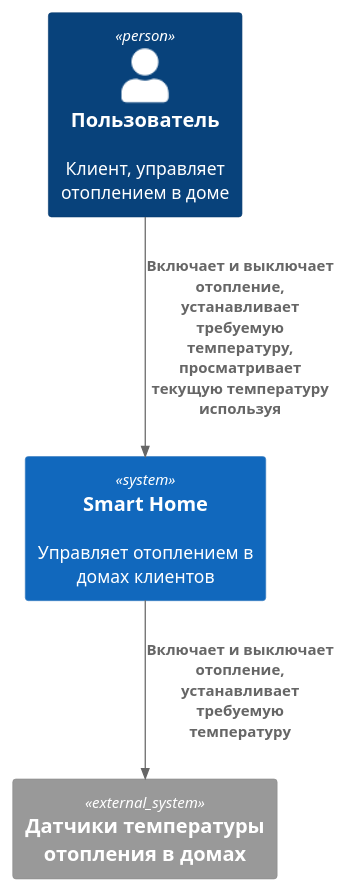
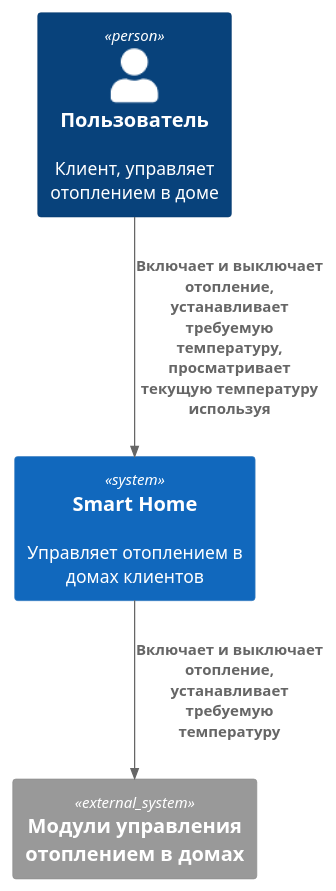
Before and after one commit to peter-st7/architecture-sprint-3: the diagram in docs/diagrams/C4/c4-context.puml, drawn with PlantUML.

Commit message:
fix: датчики температуры переименованы в модули управления отоплением

```diff
--- a/docs/diagrams/C4/c4-context.puml
+++ b/docs/diagrams/C4/c4-context.puml
@@ -1,11 +1,11 @@
 @startuml Smart Home C4 System Context Diagram
 !include https://raw.githubusercontent.com/plantuml-stdlib/C4-PlantUML/master/C4_Context.puml
 
 Person(user, "Пользователь", "Клиент, управляет отоплением в доме")
 System(smart_home_system, "Smart Home", "Управляет отоплением в домах клиентов")
-System_Ext(heating_device, "Датчики температуры отопления в домах")
+System_Ext(heating_device, "Модули управления отоплением в домах")
 
 Rel(user, smart_home_system, "Включает и выключает отопление, устанавливает требуемую температуру, просматривает текущую температуру используя")
 Rel(smart_home_system, heating_device, "Включает и выключает отопление, устанавливает требуемую температуру")
 
 @enduml
```
